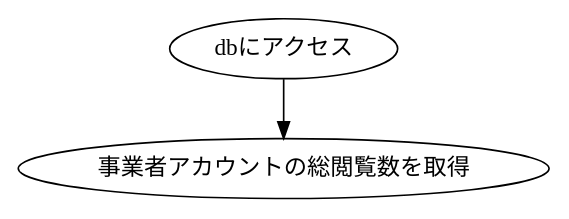
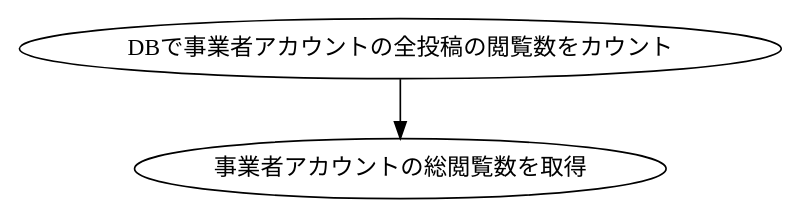
The diagram in dot/sato/BusinessGetTotalViewNumber.dot (KUT-Group12/internal_design), drawn with Graphviz before and after one commit. The commit also changed 100 other files, not shown here.

```diff
--- a/dot/sato/BusinessGetTotalViewNumber.dot
+++ b/dot/sato/BusinessGetTotalViewNumber.dot
@@ -1,8 +1,8 @@
 digraph G {
     #include "style.doth"
 
-    db[label = "dbにアクセス"]
+    db[label = "DBで事業者アカウントの全投稿の閲覧数をカウント"]
     result[label = "事業者アカウントの総閲覧数を取得"]
 
     db -> result
 }
```
